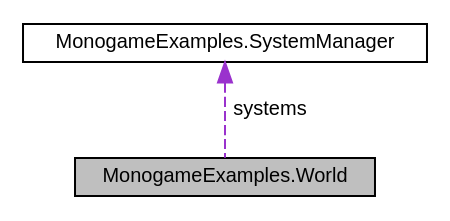
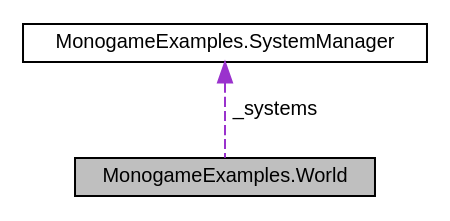
The diagram in docs/classMonogameExamples_1_1World__coll__graph.dot (DreamyStranger/MonoGame-Platformer), drawn with Graphviz before and after one commit. The commit also changed 478 other files, not shown here.

```diff
--- a/docs/classMonogameExamples_1_1World__coll__graph.dot
+++ b/docs/classMonogameExamples_1_1World__coll__graph.dot
@@ -1,9 +1,9 @@
 digraph "MonogameExamples.World"
 {
  // LATEX_PDF_SIZE
   edge [fontname="Helvetica",fontsize="10",labelfontname="Helvetica",labelfontsize="10"];
   node [fontname="Helvetica",fontsize="10",shape=record];
   Node1 [label="MonogameExamples.World",height=0.2,width=0.4,color="black", fillcolor="grey75", style="filled", fontcolor="black",tooltip="Represents the game world and manages loading and updating levels."];
-  Node2 -> Node1 [dir="back",color="darkorchid3",fontsize="10",style="dashed",label=" systems" ,fontname="Helvetica"];
+  Node2 -> Node1 [dir="back",color="darkorchid3",fontsize="10",style="dashed",label=" _systems" ,fontname="Helvetica"];
   Node2 [label="MonogameExamples.SystemManager",height=0.2,width=0.4,color="black", fillcolor="white", style="filled",URL="$structMonogameExamples_1_1SystemManager.html",tooltip="Manages a collection of systems and provides methods to add, remove, update and draw entities through..."];
 }
```
